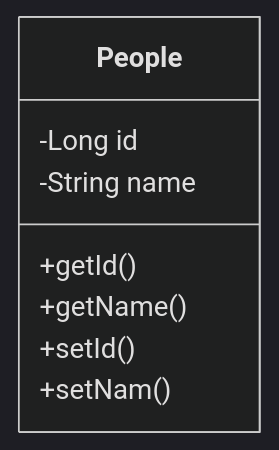
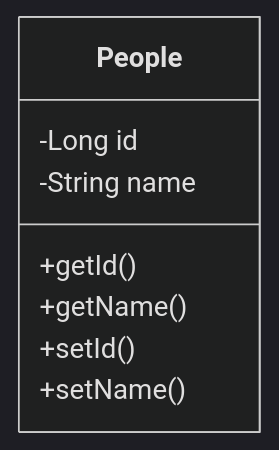
The diagram in README.md (kdukoelho/TestJPA), drawn with Mermaid (dark theme) before and after one commit.

````diff
--- a/README.md
+++ b/README.md
@@ -13,11 +13,11 @@
 ```mermaid
 classDiagram
 class People{
 -Long id
 -String name
 +getId()
 +getName()
 +setId()
-+setNam()
++setName()
 }
 ```
````
